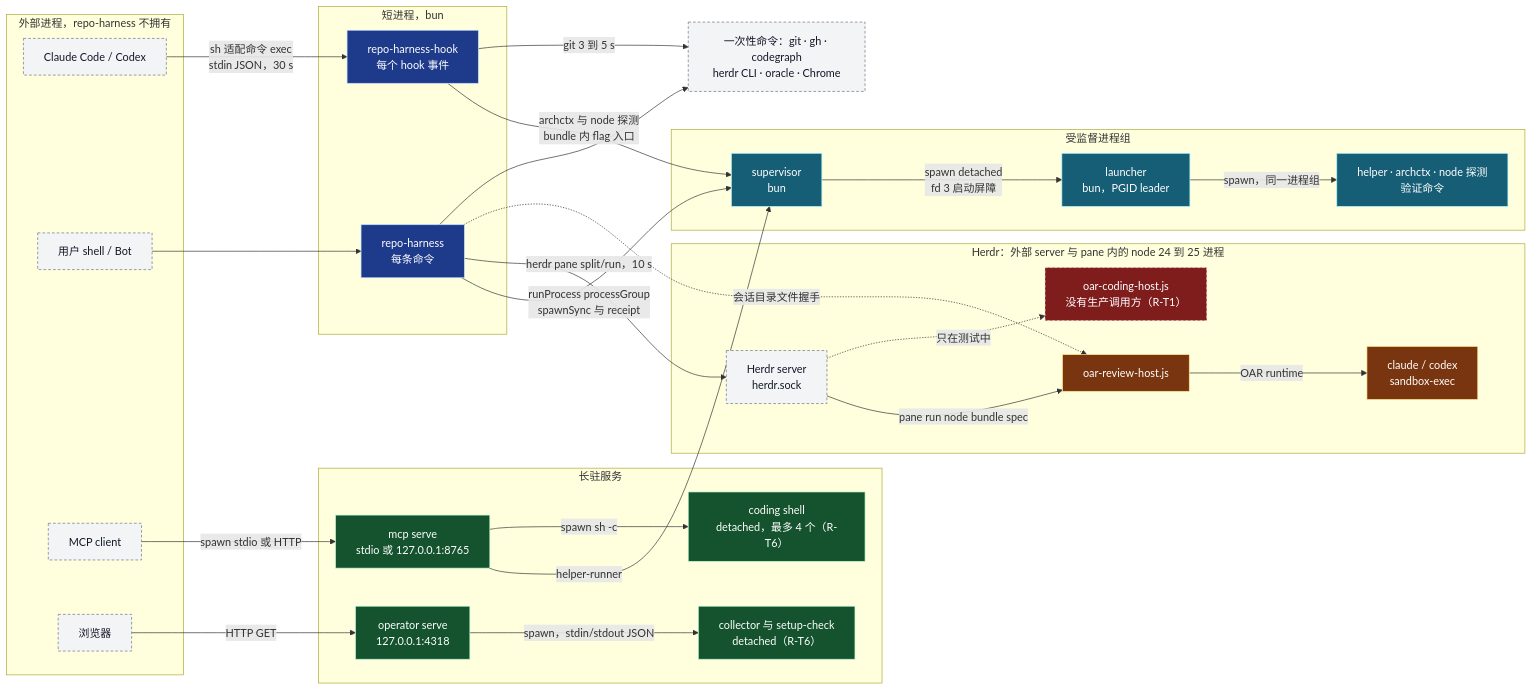
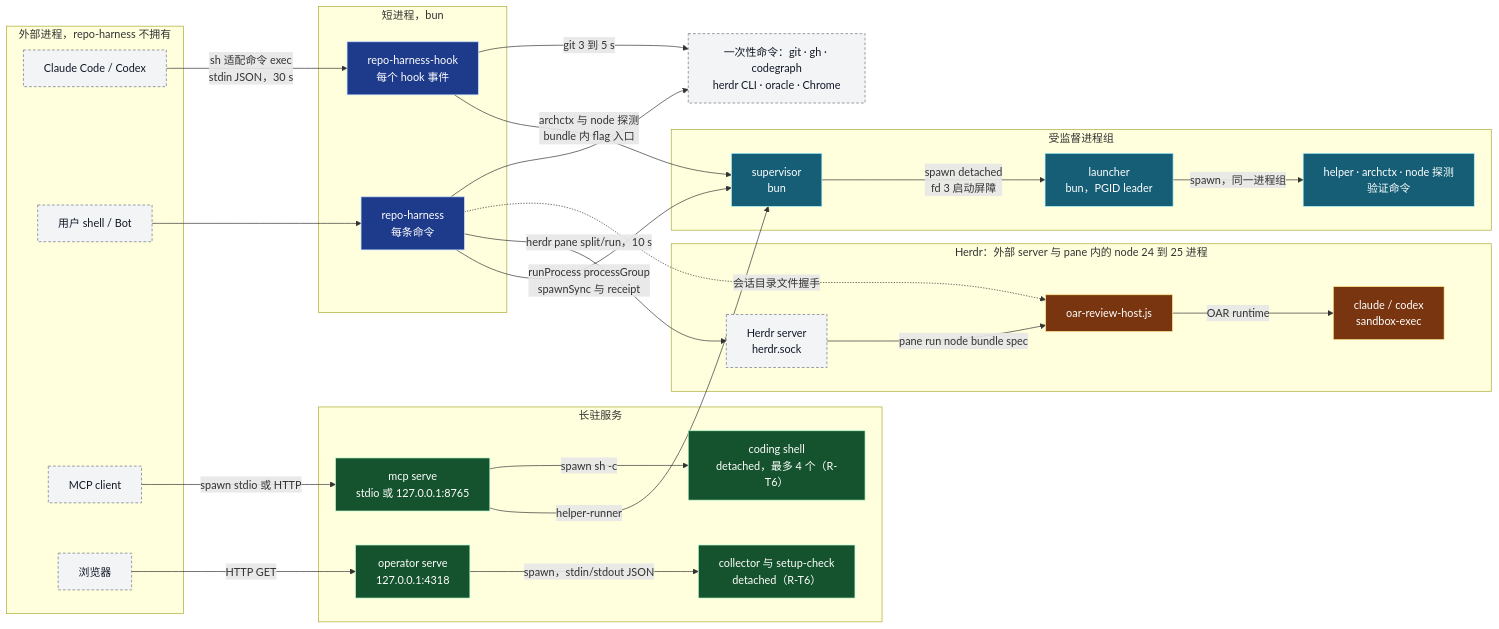
The first of 4 diagrams in docs/architecture/process-namespace-topology.md (Ancienttwo/repo-harness), drawn with Mermaid before and after one commit. The commit also changed other lines of this file and 4 other files, not shown here.

First line of the commit message:
docs(architecture): drop the deleted OAR coding host from the model and docs

````diff
--- a/docs/architecture/process-namespace-topology.md
+++ b/docs/architecture/process-namespace-topology.md
@@ -18,62 +18,59 @@
 ```mermaid
 flowchart LR
   classDef ext fill:#f3f4f6,stroke:#6b7280,color:#111827,stroke-dasharray:4 3
   classDef short fill:#1e3a8a,stroke:#bfdbfe,color:#ffffff
   classDef sup fill:#155e75,stroke:#a5f3fc,color:#ffffff
   classDef long fill:#14532d,stroke:#bbf7d0,color:#ffffff
   classDef pane fill:#78350f,stroke:#fde68a,color:#ffffff
-  classDef dead fill:#7f1d1d,stroke:#fecaca,color:#ffffff,stroke-dasharray:4 3
 
   subgraph EXT["外部进程，repo-harness 不拥有"]
     Host["Claude Code / Codex"]:::ext
     User["用户 shell / Bot"]:::ext
     Client["MCP client"]:::ext
     Browser["浏览器"]:::ext
   end
 
   subgraph SHORT["短进程，bun"]
     Hook["repo-harness-hook<br/>每个 hook 事件"]:::short
     CLI["repo-harness<br/>每条命令"]:::short
   end
 
   subgraph SUP["受监督进程组"]
     Sup["supervisor<br/>bun"]:::sup
     Lau["launcher<br/>bun，PGID leader"]:::sup
     Tgt["helper · archctx · node 探测<br/>验证命令"]:::sup
   end
 
   subgraph LONG["长驻服务"]
     Mcp["mcp serve<br/>stdio 或 127.0.0.1:8765"]:::long
     Sh["coding shell<br/>detached，最多 4 个（R-T6）"]:::long
     Op["operator serve<br/>127.0.0.1:4318"]:::long
     Col["collector 与 setup-check<br/>detached（R-T6）"]:::long
   end
 
   subgraph PANE["Herdr：外部 server 与 pane 内的 node 24 到 25 进程"]
     Herdr["Herdr server<br/>herdr.sock"]:::ext
     Rev["oar-review-host.js"]:::pane
-    Cod["oar-coding-host.js<br/>没有生产调用方（R-T1）"]:::dead
     Ven["claude / codex<br/>sandbox-exec"]:::pane
   end
 
   Tools["一次性命令：git · gh · codegraph<br/>herdr CLI · oracle · Chrome"]:::ext
 
   Host -->|"sh 适配命令 exec<br/>stdin JSON，30 s"| Hook
   User --> CLI
   Client -->|"spawn stdio 或 HTTP"| Mcp
   Browser -->|"HTTP GET"| Op
   CLI -->|"runProcess processGroup<br/>spawnSync 与 receipt"| Sup
   Hook -->|"archctx 与 node 探测<br/>bundle 内 flag 入口"| Sup
   Mcp -->|"helper-runner"| Sup
   Sup -->|"spawn detached<br/>fd 3 启动屏障"| Lau
   Lau -->|"spawn，同一进程组"| Tgt
   Mcp -->|"spawn sh -c"| Sh
   Op -->|"spawn，stdin/stdout JSON"| Col
   CLI -->|"herdr pane split/run，10 s"| Herdr
   Herdr -->|"pane run node bundle spec"| Rev
-  Herdr -.->|"只在测试中"| Cod
   Rev -->|"OAR runtime"| Ven
   CLI -.->|"会话目录文件握手"| Rev
   Hook -->|"git 3 到 5 s"| Tools
   CLI --> Tools
 ```
````
